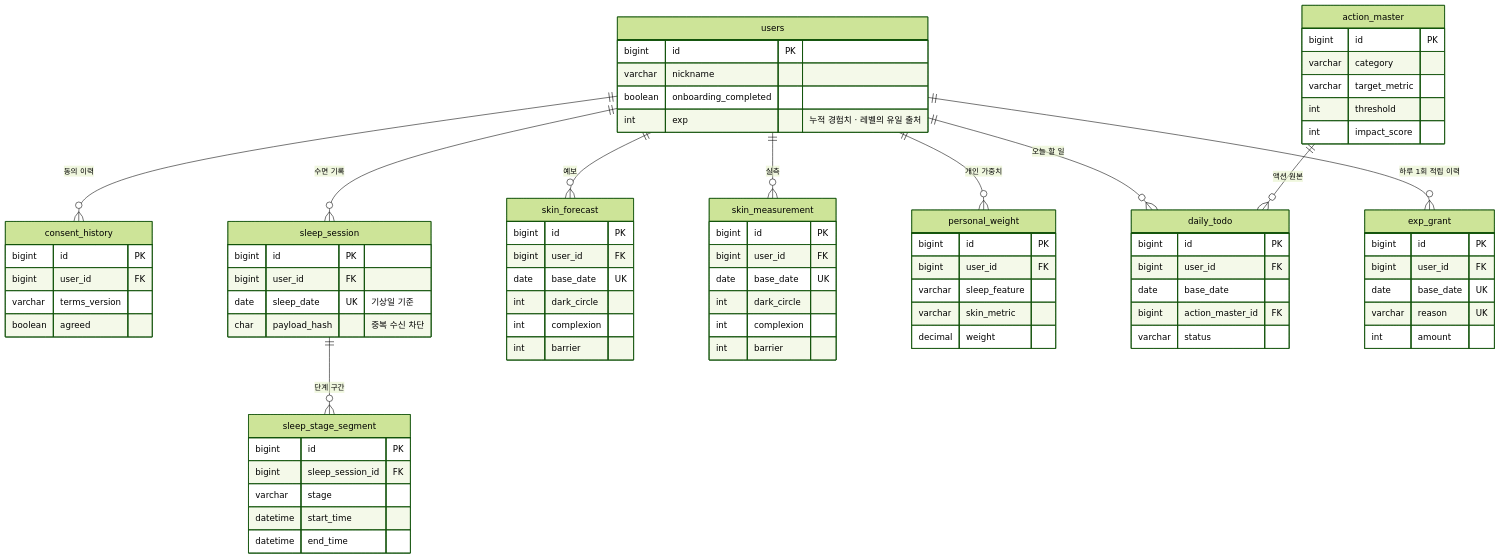
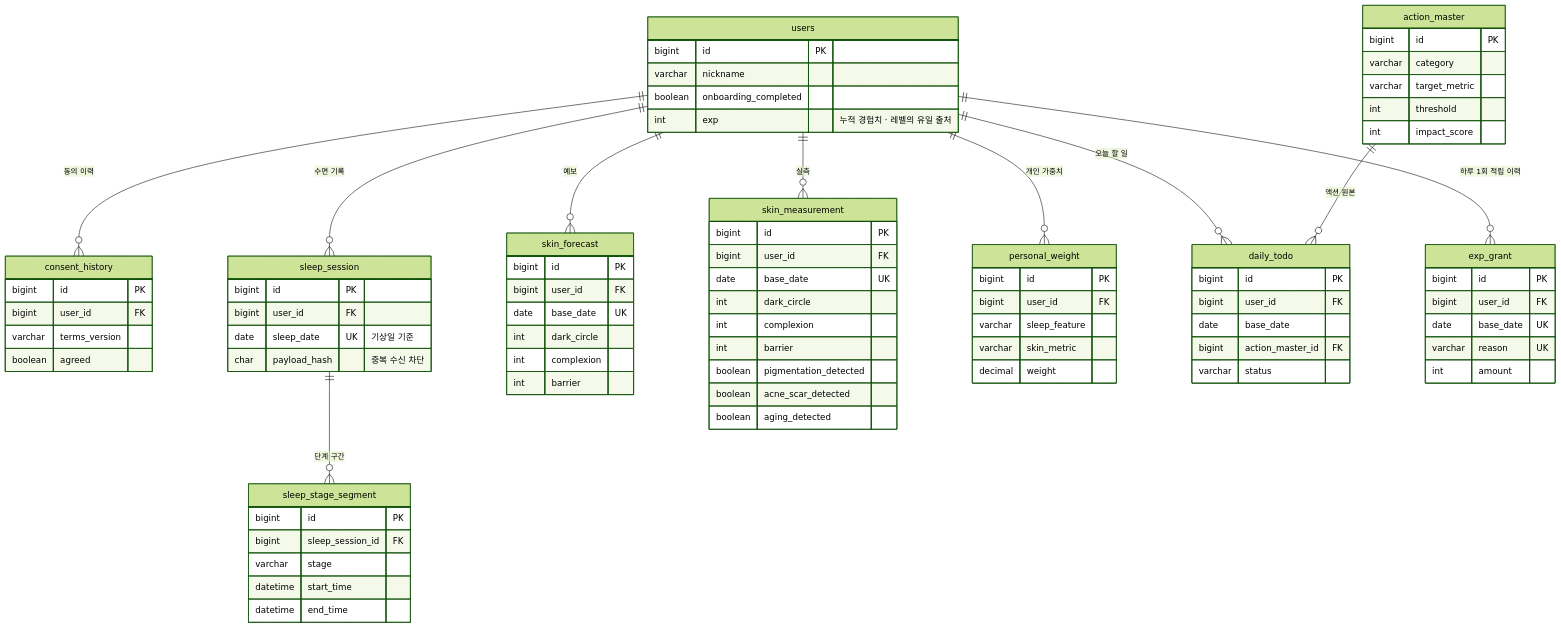
One commit to Sleep2Skin-project/Sleep2Skin_BE changed the diagram in docs/erd.md. Above: the diagram before and after it, drawn with Mermaid (forest theme). The commit also changed other lines of this file and 10 other files, not shown here.

```diff
--- a/docs/erd.md
+++ b/docs/erd.md
@@ -70,6 +70,9 @@
         int dark_circle
         int complexion
         int barrier
+        boolean pigmentation_detected
+        boolean acne_scar_detected
+        boolean aging_detected
     }
     personal_weight {
         bigint id PK
```
